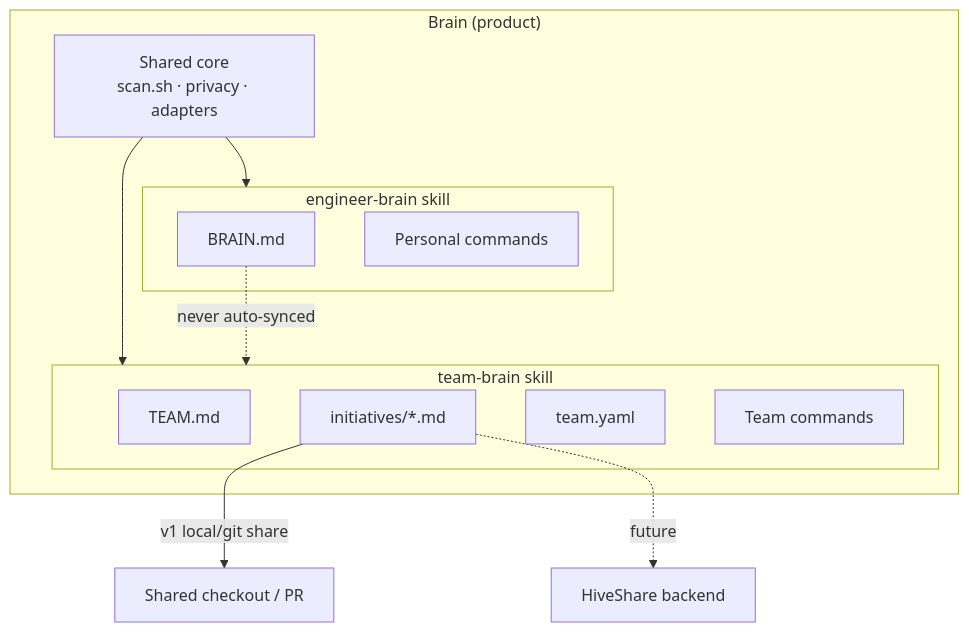
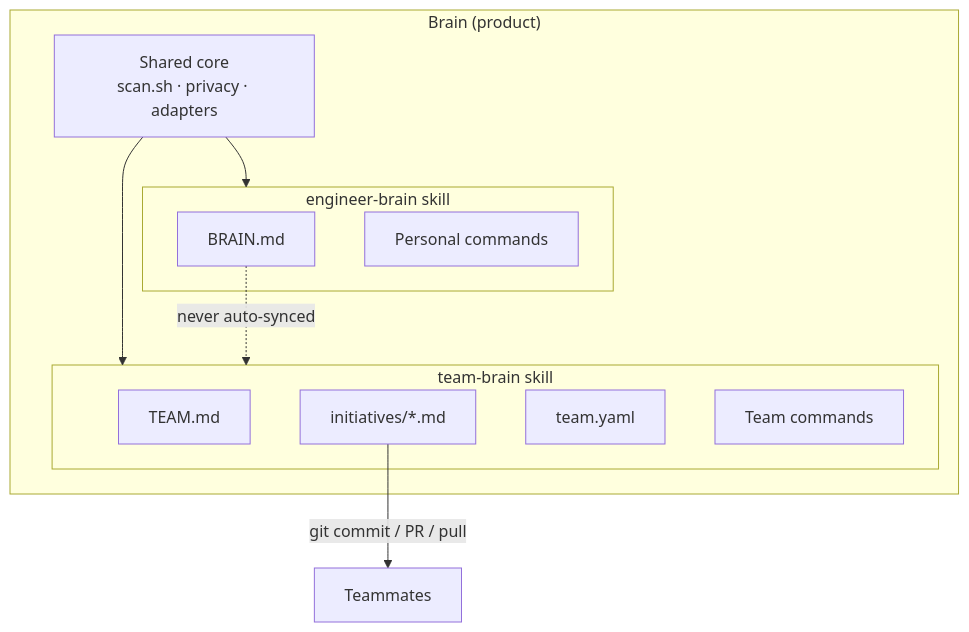
One commit to Hrithik-Gavankar/brainstack changed the diagram in docs/scopes.md. Above: the diagram before and after it, drawn with Mermaid. The commit also changed other lines of this file and 12 other files, not shown here.

````diff
--- a/docs/scopes.md
+++ b/docs/scopes.md
@@ -10,22 +10,21 @@
 ```mermaid
 flowchart TB
   subgraph Product["Brain (product)"]
     CORE[Shared core<br/>scan.sh · privacy · adapters]
     subgraph Eng["engineer-brain skill"]
       PB[BRAIN.md]
       EC[Personal commands]
     end
     subgraph Team["team-brain skill"]
       TB[TEAM.md]
       IN[initiatives/*.md]
       TY[team.yaml]
       TC[Team commands]
     end
   end
 
   CORE --> Eng
   CORE --> Team
   PB -.->|never auto-synced| Team
-  IN -->|v1 local/git share| SHARE[Shared checkout / PR]
-  IN -.->|future| HS[HiveShare backend]
+  IN -->|git commit / PR / pull| SHARE[Teammates]
 ```
````
